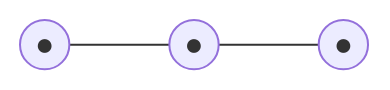
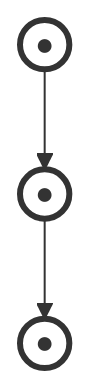
Before and after one commit to Bennnto/journey: the diagram in README.md, drawn with Mermaid.

Commit message:
chore(life-map): auto-update graph

````diff
--- a/README.md
+++ b/README.md
@@ -8,11 +8,14 @@
 ```mermaid
-graph LR
-  D20250823(("●"))
-  D20250824(("●"))
-  D20250827(("●"))
-  D20250823 --- D20250824
-  D20250824 --- D20250827
+graph TD
+  classDef mainLine stroke-width:3px,stroke:#333,fill:#fff;
+  classDef goal fill:#c8f7c5,stroke:#2b7a0b;
+  classDef struggle fill:#fdd,stroke:#c00;
+  D20250823(("●")):::mainLine
+  D20250824(("●")):::mainLine
+  D20250827(("●")):::mainLine
+  D20250823 --> D20250824
+  D20250824 --> D20250827
   click D20250823 "https://github.com/Bennnto/journey//blob/main/logs/2025-08-23.md" "2025-08-23"
   click D20250824 "https://github.com/Bennnto/journey//blob/main/logs/2025-08-24.md" "2025-08-24"
   click D20250827 "https://github.com/Bennnto/journey//blob/main/logs/2025-08-27.md" "2025-08-27"
 ```
````
